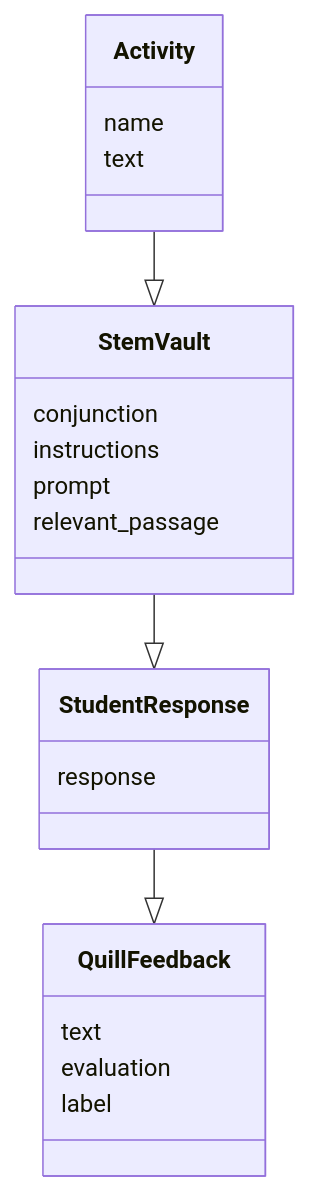
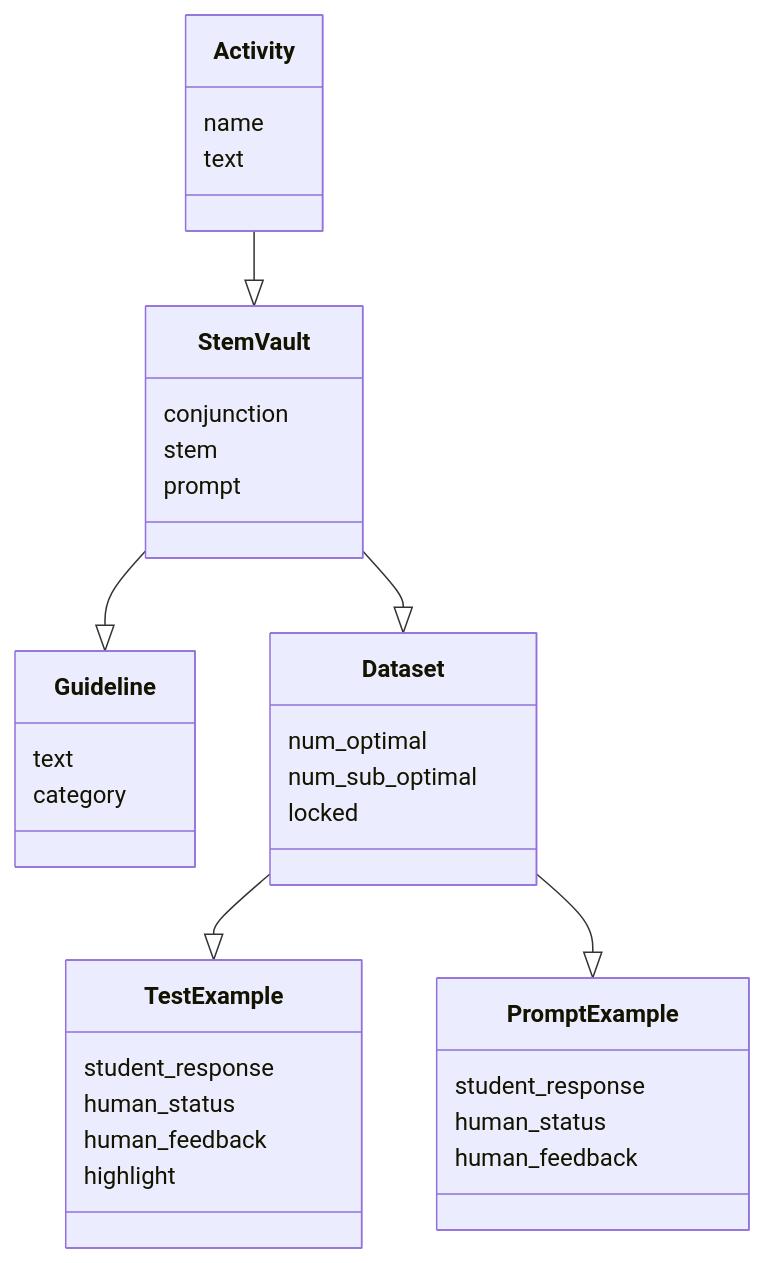
Before and after one commit to empirical-org/Empirical-Core: the first of 4 diagrams in services/QuillLMS/engines/evidence/app/models/evidence/research/readme.md, drawn with Mermaid. The commit also changed other lines of this file and 7 other files, not shown here.

````diff
--- a/services/QuillLMS/engines/evidence/app/models/evidence/research/readme.md
+++ b/services/QuillLMS/engines/evidence/app/models/evidence/research/readme.md
@@ -5,24 +5,37 @@
 ```mermaid
 classDiagram
     class Activity {
          name
          text
     }
     class StemVault {
          conjunction
-         instructions
+         stem
          prompt
-         relevant_passage
     }
-    class StudentResponse {
-         response
+    class Guideline {
+     text
+     category
     }
-    class QuillFeedback {
-         text
-         evaluation
-         label
+    class Dataset {
+          num_optimal
+          num_sub_optimal
+          locked
+    }
+    class TestExample {
+          student_response
+          human_status
+          human_feedback
+          highlight
+    }
+    class PromptExample {
+          student_response
+          human_status
+          human_feedback
     }
     Activity --|> StemVault
-    StemVault --|> StudentResponse
-    StudentResponse --|> QuillFeedback
+    StemVault --|> Guideline
+    StemVault --|> Dataset
+    Dataset --|> TestExample
+    Dataset --|> PromptExample
 ```
````
